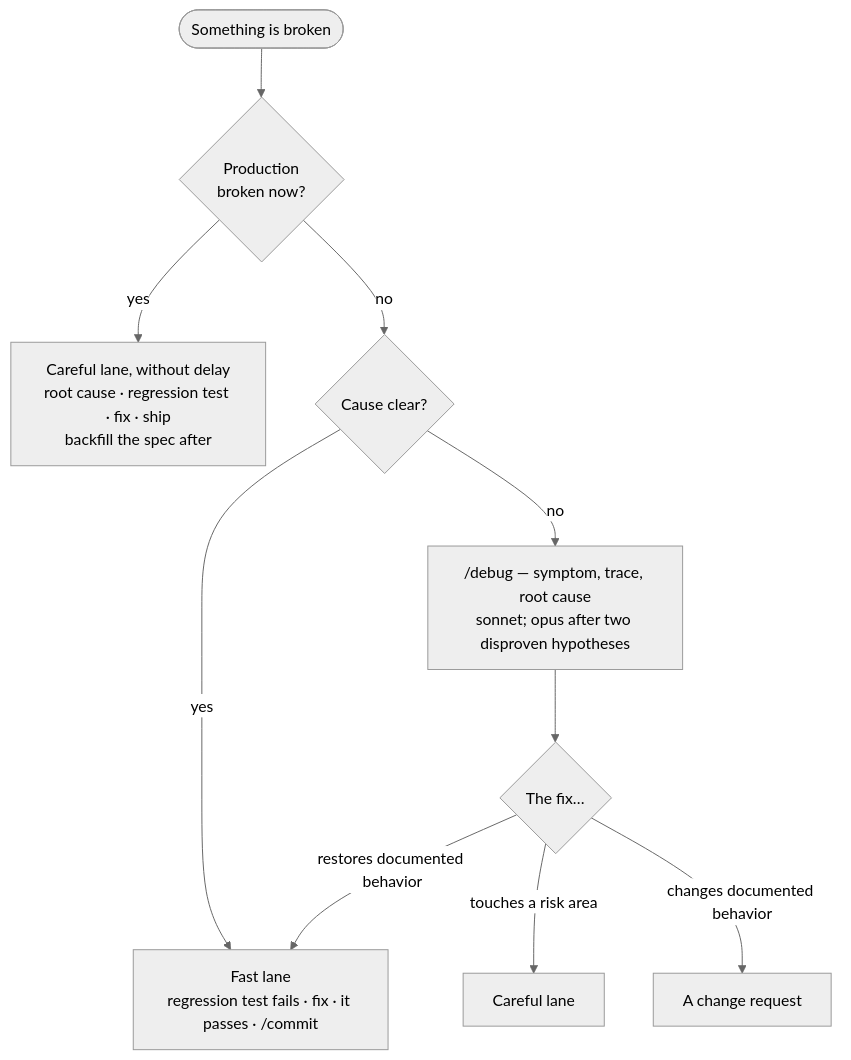
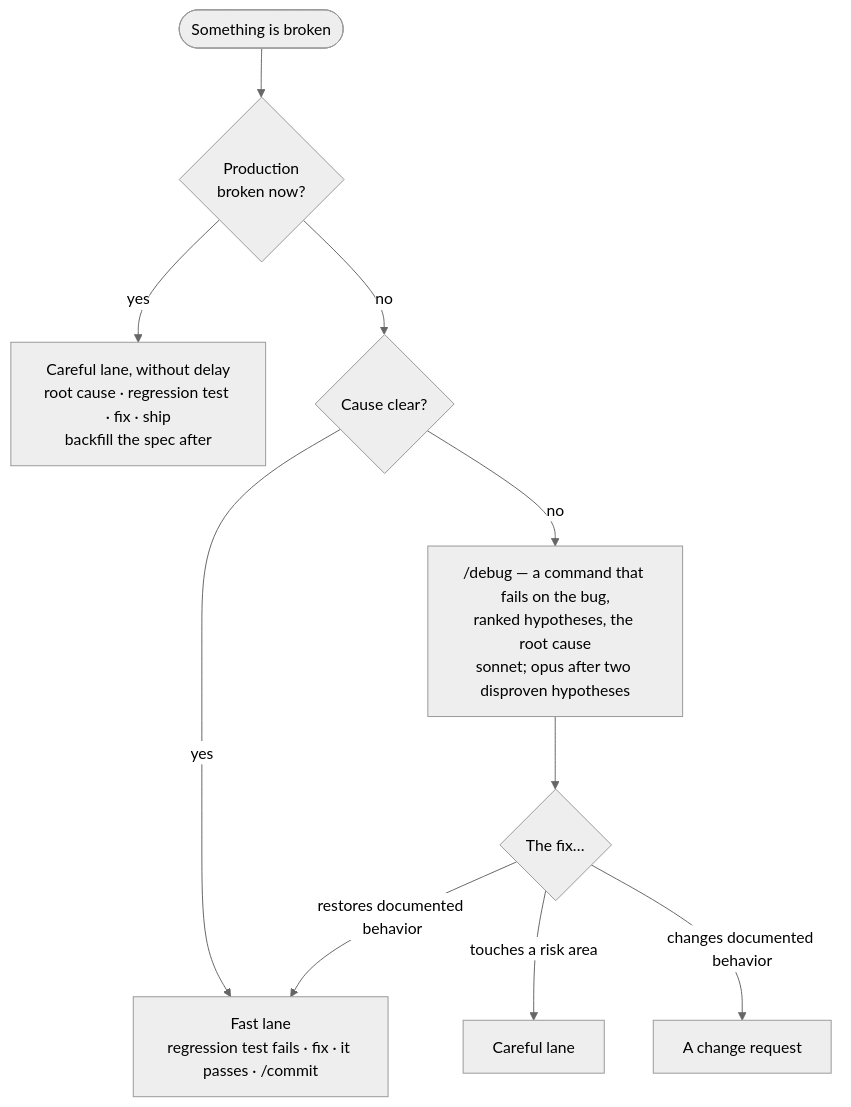
One commit to Aplyca/AgenticDevelopmentFramework changed the sixth of 6 diagrams in README.md. Above: the diagram before and after it, drawn with Mermaid (neutral theme). The commit also changed 44 other files, not shown here.

````diff
--- a/README.md
+++ b/README.md
@@ -238,12 +238,12 @@
 ```mermaid
 flowchart TD
     broken(["Something is broken"]) --> prod{"Production<br/>broken now?"}
     prod -->|yes| hotfix["Careful lane, without delay<br/>root cause · regression test · fix · ship<br/>backfill the spec after"]
     prod -->|no| clear{"Cause clear?"}
     clear -->|yes| fastfix["Fast lane<br/>regression test fails · fix · it passes · /commit"]
-    clear -->|no| debug["/debug — symptom, trace, root cause<br/>sonnet; opus after two disproven hypotheses"]
+    clear -->|no| debug["/debug — a command that fails on the bug,<br/>ranked hypotheses, the root cause<br/>sonnet; opus after two disproven hypotheses"]
     debug --> fix{"The fix…"}
     fix -->|restores documented behavior| fastfix
     fix -->|touches a risk area| carefulfix["Careful lane"]
     fix -->|changes documented behavior| changereq["A change request"]
 ```
````
